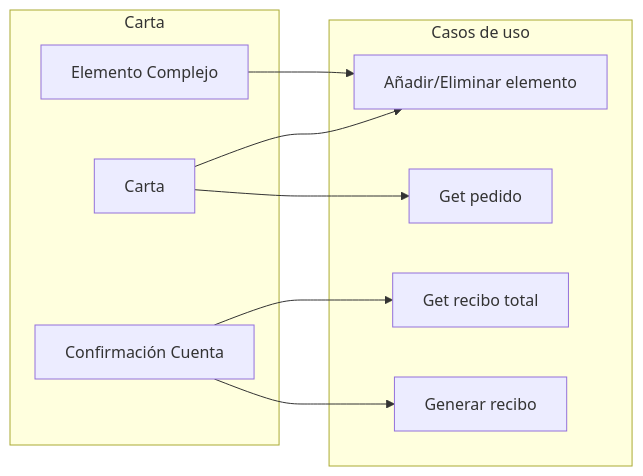
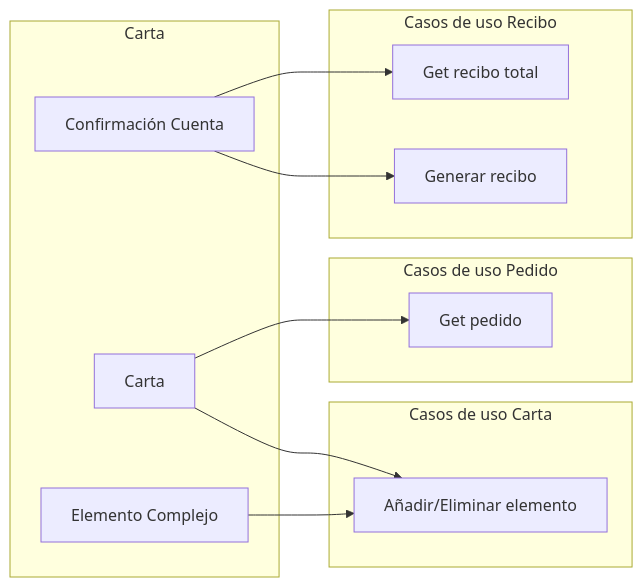
Before and after one commit to pabenito/QRest: the ninth of 16 diagrams in documentacion/requisitos/diagramas_de_flujo.md, drawn with Mermaid. The commit also changed other lines of this file, not shown here.

Commit message:
Trazabilidad de casos de uso y repositorios

````diff
--- a/documentacion/requisitos/diagramas_de_flujo.md
+++ b/documentacion/requisitos/diagramas_de_flujo.md
@@ -128,18 +181,22 @@
 ```mermaid
 flowchart LR
     subgraph g_carta[Carta]
         carta[Carta]
         elemento_complejo[Elemento Complejo]
         confirmacion_cuenta[Confirmación Cuenta]
     end
-    subgraph casos_de_uso[Casos de uso]
+    subgraph casos_de_uso_carta[Casos de uso Carta]
         anadir_eliminar_elemento[Añadir/Eliminar elemento]
+    end
+    subgraph casos_de_uso_pedido[Casos de uso Pedido]
         get_pedido[Get pedido]
+    end
+    subgraph casos_de_uso_recibo[Casos de uso Recibo]
         get_recibo_total[Get recibo total]
         generar_recibo[Generar recibo]
     end
     carta --> anadir_eliminar_elemento
     elemento_complejo --> anadir_eliminar_elemento
     carta --> get_pedido
     confirmacion_cuenta --> generar_recibo & get_recibo_total
 ```
````
